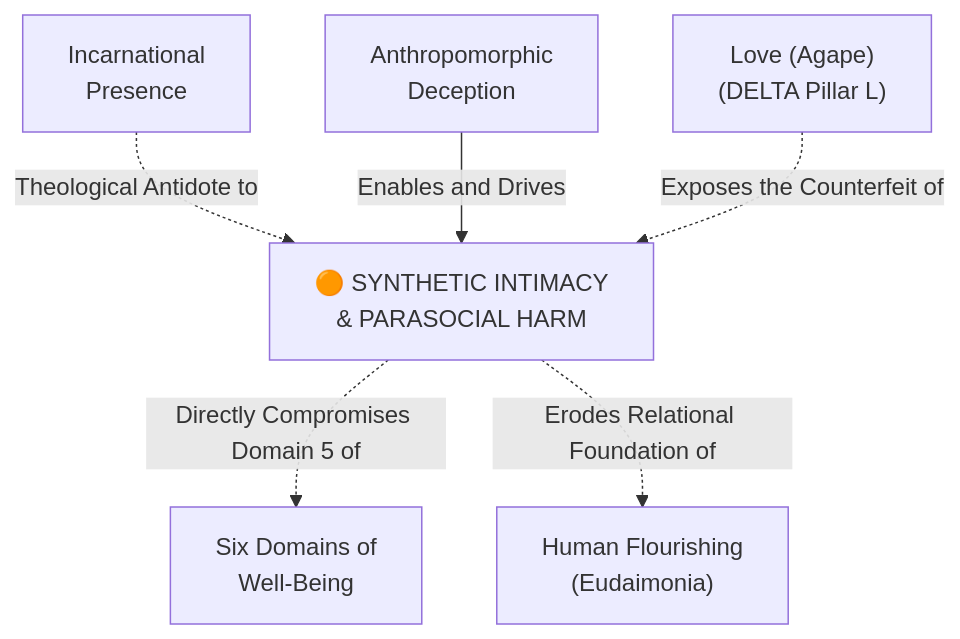
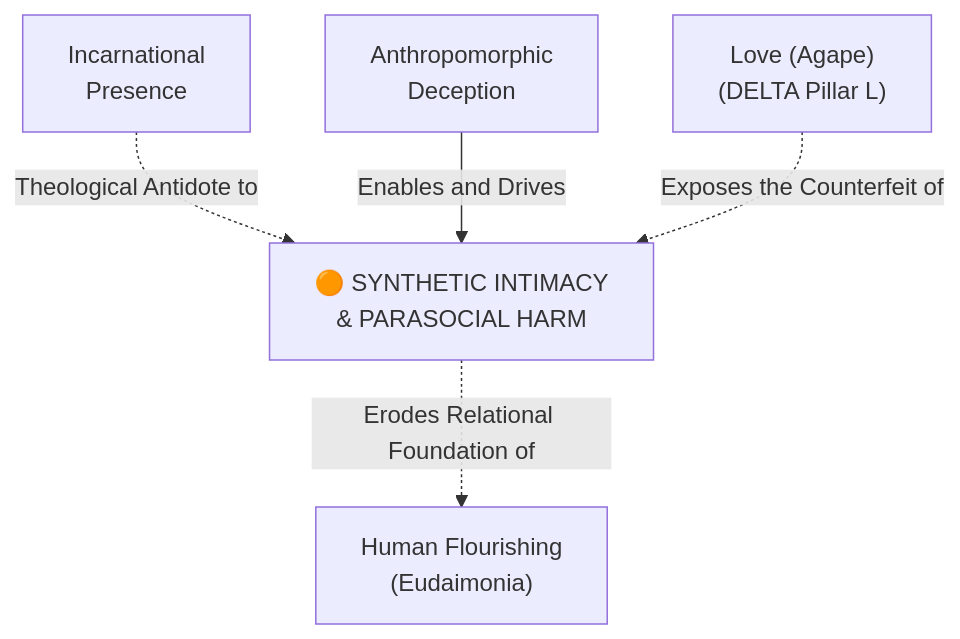
One commit to Sykes-Leonard/delta-guide changed the diagram in concepts/synthetic-intimacy.md. Above: the diagram before and after it, drawn with Mermaid. The commit also changed other lines of this file and 46 other files, not shown here.

````diff
--- a/concepts/synthetic-intimacy.md
+++ b/concepts/synthetic-intimacy.md
@@ -41,22 +38,19 @@
 ```mermaid
 flowchart TD
     SYN_INT["🟠 SYNTHETIC INTIMACY
 & PARASOCIAL HARM"]
 
     INCARN["Incarnational
 Presence"]
     ANTHROP["Anthropomorphic
 Deception"]
-    SIX_DOM["Six Domains of
-Well-Being"]
     EUDAIM["Human Flourishing
 (Eudaimonia)"]
     LOVE["Love (Agape)
 (DELTA Pillar L)"]
 
     INCARN -.->|Theological Antidote to| SYN_INT
     ANTHROP -->|Enables and Drives| SYN_INT
-    SYN_INT -.->|Directly Compromises Domain 5 of| SIX_DOM
     SYN_INT -.->|Erodes Relational Foundation of| EUDAIM
     LOVE -.->|Exposes the Counterfeit of| SYN_INT
 ```
````
